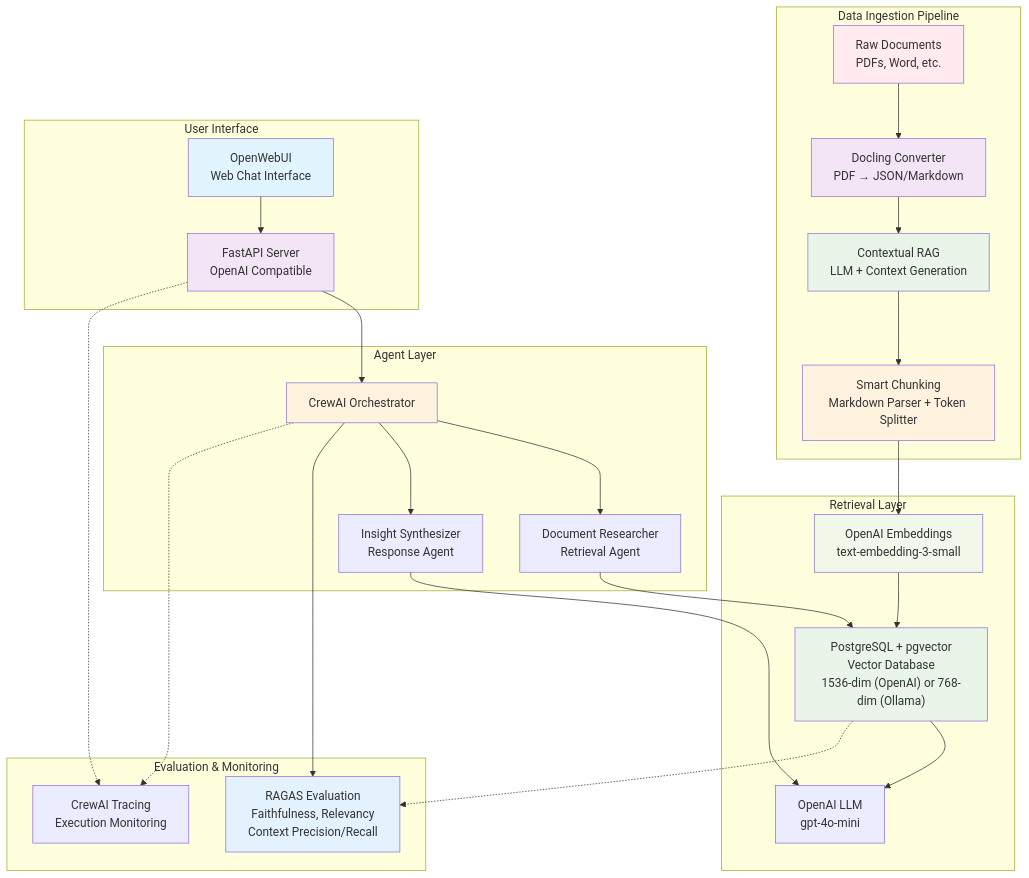
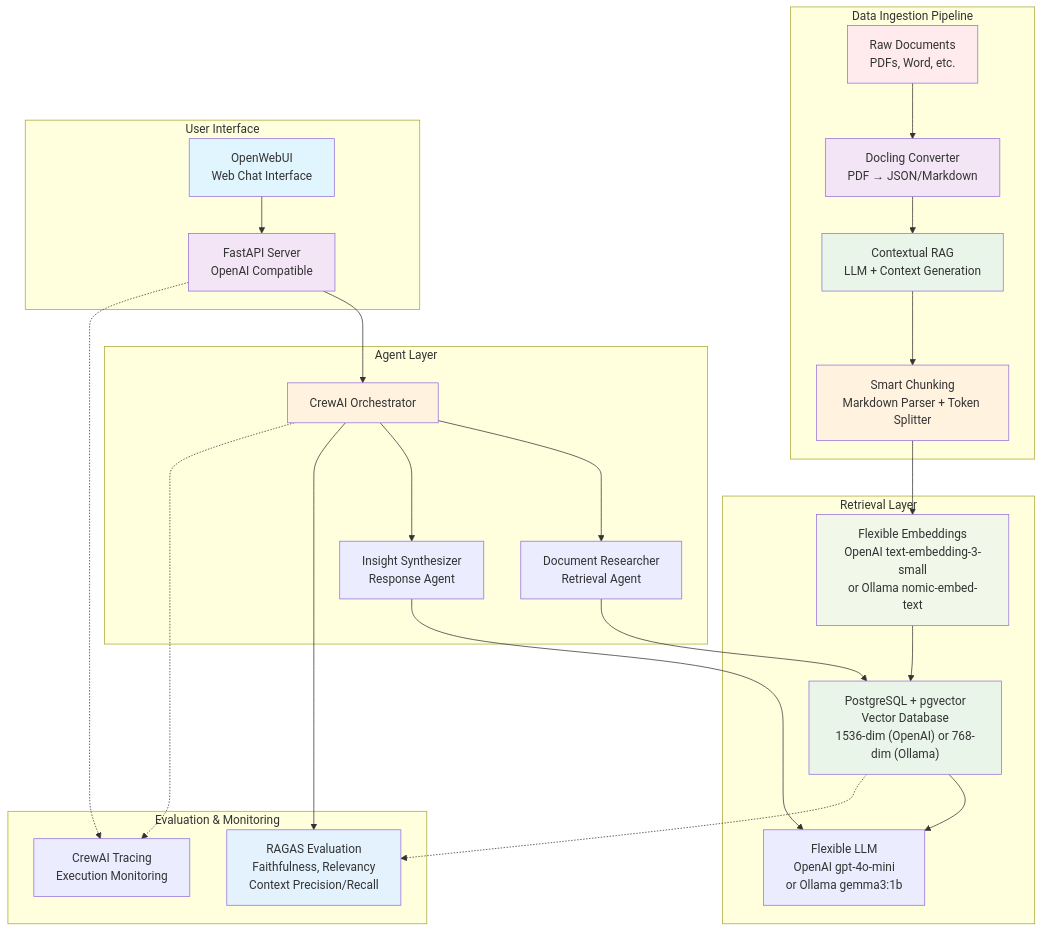
Before and after one commit to shahiltp/LocalRAGSystem: the diagram in README.md, drawn with Mermaid. The commit also changed other lines of this file, not shown here.

````diff
--- a/README.md
+++ b/README.md
@@ -40,65 +41,65 @@
 ```mermaid
 graph TB
     subgraph "Data Ingestion Pipeline"
         RAW["Raw Documents<br/>PDFs, Word, etc."]
         DOC["Docling Converter<br/>PDF → JSON/Markdown"]
         CTX["Contextual RAG<br/>LLM + Context Generation"]
         CHUNK["Smart Chunking<br/>Markdown Parser + Token Splitter"]
     end
     
     subgraph "User Interface"
         UI["OpenWebUI<br/>Web Chat Interface"]
         API["FastAPI Server<br/>OpenAI Compatible"]
     end
     
     subgraph "Agent Layer"
         CR["CrewAI Orchestrator"]
         A1["Document Researcher<br/>Retrieval Agent"]
         A2["Insight Synthesizer<br/>Response Agent"]
     end
     
     subgraph "Retrieval Layer"
         VDB["PostgreSQL + pgvector<br/>Vector Database<br/>1536-dim (OpenAI) or 768-dim (Ollama)"]
-        LLM["OpenAI LLM<br/>gpt-4o-mini"]
-        EMB["OpenAI Embeddings<br/>text-embedding-3-small"]
+        LLM["Flexible LLM<br/>OpenAI gpt-4o-mini<br/>or Ollama gemma3:1b"]
+        EMB["Flexible Embeddings<br/>OpenAI text-embedding-3-small<br/>or Ollama nomic-embed-text"]
     end
     
     subgraph "Evaluation & Monitoring"
         RAGAS["RAGAS Evaluation<br/>Faithfulness, Relevancy<br/>Context Precision/Recall"]
         TRACE["CrewAI Tracing<br/>Execution Monitoring"]
     end
     
     %% Data Flow
     RAW --> DOC
     DOC --> CTX
     CTX --> CHUNK
     CHUNK --> EMB
     EMB --> VDB
     
     %% Query Flow
     UI --> API
     API --> CR
     CR --> A1 & A2
     A1 --> VDB
     A2 --> LLM
     VDB --> LLM
     
     %% Evaluation Flow
     CR --> RAGAS
     VDB -.-> RAGAS
     
     %% Monitoring
     API -.-> TRACE
     CR -.-> TRACE
     
     style RAW fill:#ffebee
     style DOC fill:#f3e5f5
     style CTX fill:#e8f5e8
     style CHUNK fill:#fff3e0
     style UI fill:#e1f5fe
     style API fill:#f3e5f5
     style CR fill:#fff3e0
     style VDB fill:#e8f5e8
     style RAGAS fill:#e3f2fd
     style EMB fill:#f1f8e9
 ```
````
